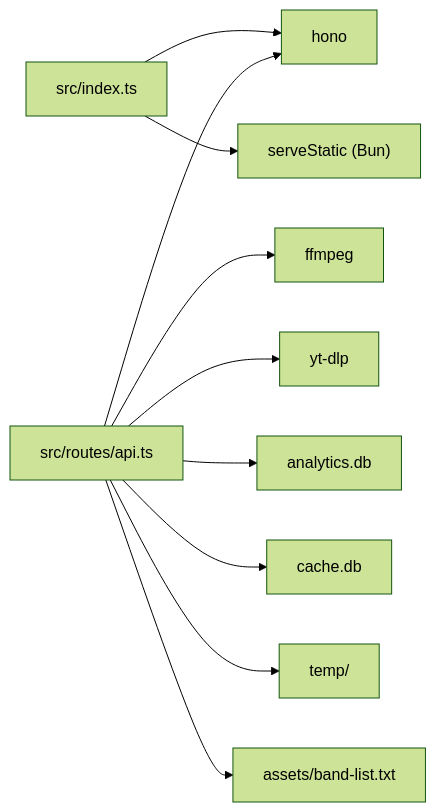
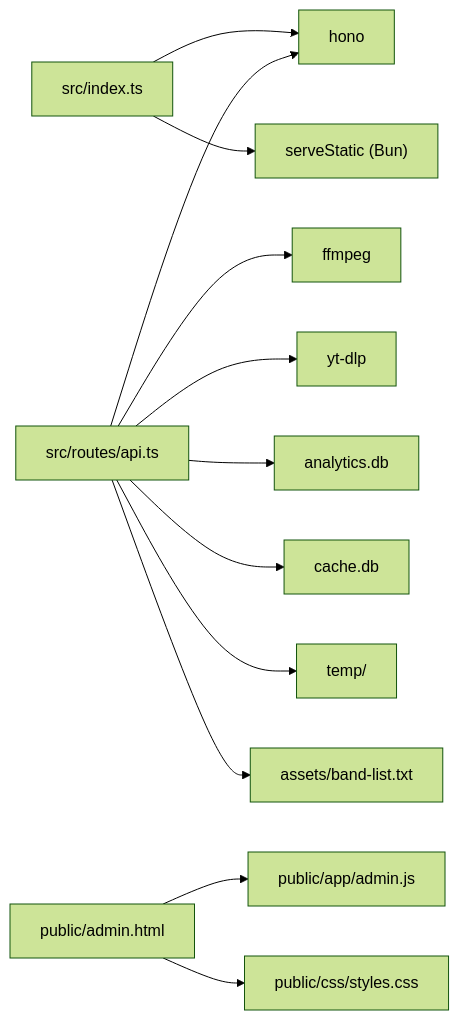
Before and after one commit to dkoukoul/kpop-random-dance-generator: the ninth of 9 diagrams in .qoder/repowiki/en/content/Configuration and Deployment.md, drawn with Mermaid (forest theme). The commit also changed other lines of this file and 3 other files, not shown here.

````diff
--- a/.qoder/repowiki/en/content/Configuration and Deployment.md
+++ b/.qoder/repowiki/en/content/Configuration and Deployment.md
@@ -283,12 +339,14 @@
 ```mermaid
 graph LR
 App["src/index.ts"] --> Hono["hono"]
 App --> BunStatic["serveStatic (Bun)"]
 API["src/routes/api.ts"] --> Hono
 API --> FF["ffmpeg"]
 API --> YT["yt-dlp"]
 API --> DB1["analytics.db"]
 API --> DB2["cache.db"]
 API --> Temp["temp/"]
 API --> Assets["assets/band-list.txt"]
+Admin["public/admin.html"] --> AdminJS["public/app/admin.js"]
+Admin --> Styles["public/css/styles.css"]
 ```
````
